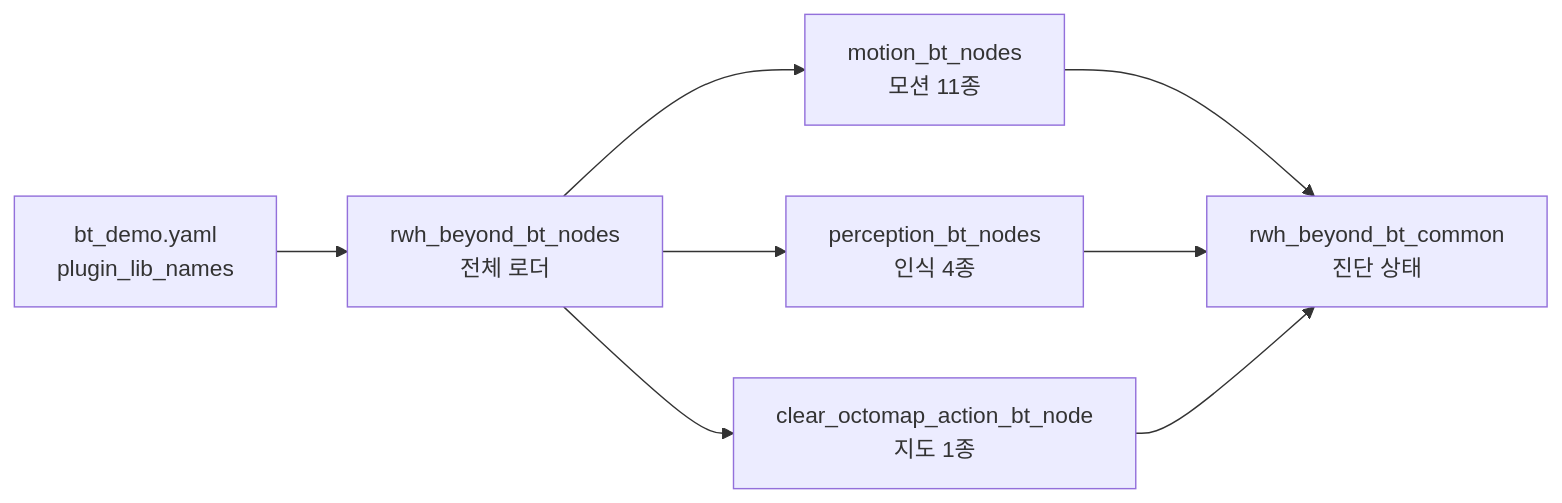
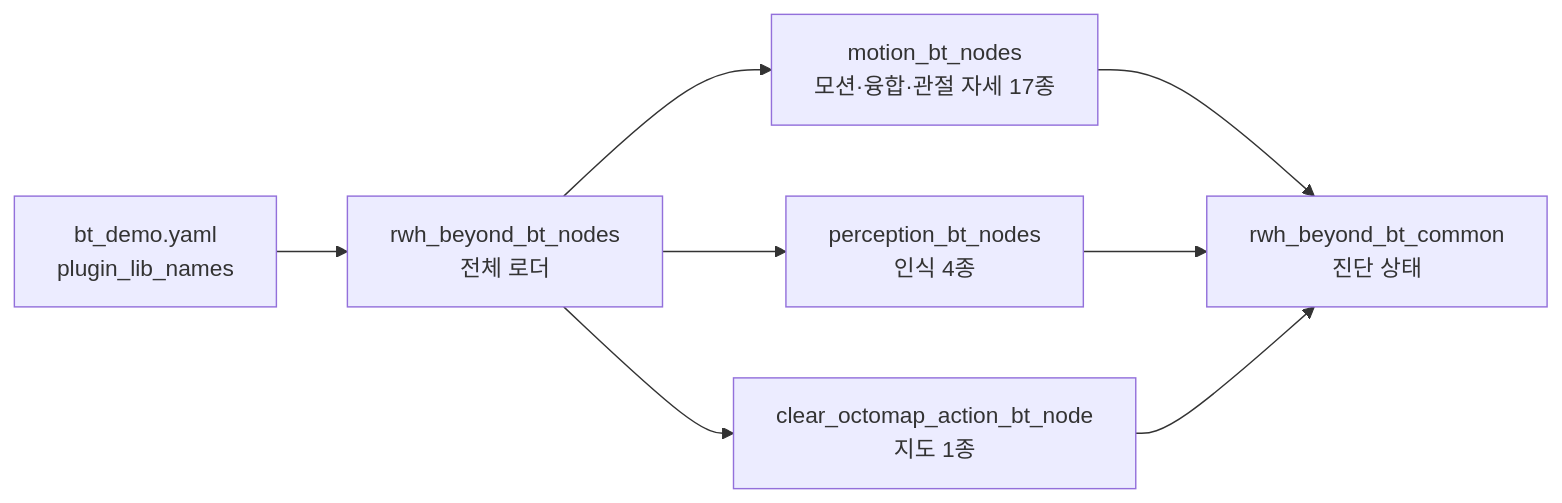
The fourth of 7 diagrams in docs/bt-architecture.md (ggh-png/rwh_beyond), drawn with Mermaid before and after one commit. The commit also changed other lines of this file and 40 other files, not shown here.

First line of the commit message:
Add multiview recovery and tolerant place flow

````diff
--- a/docs/bt-architecture.md
+++ b/docs/bt-architecture.md
@@ -143,10 +150,10 @@
 ```mermaid
 flowchart LR
   YAML["bt_demo.yaml<br/>plugin_lib_names"] --> Loader["rwh_beyond_bt_nodes<br/>전체 로더"]
   Loader --> P["perception_bt_nodes<br/>인식 4종"]
-  Loader --> M["motion_bt_nodes<br/>모션 11종"]
+  Loader --> M["motion_bt_nodes<br/>모션·융합·관절 자세 17종"]
   Loader --> O["clear_octomap_action_bt_node<br/>지도 1종"]
   M --> Shared["rwh_beyond_bt_common<br/>진단 상태"]
   P --> Shared
   O --> Shared
 ```
````
